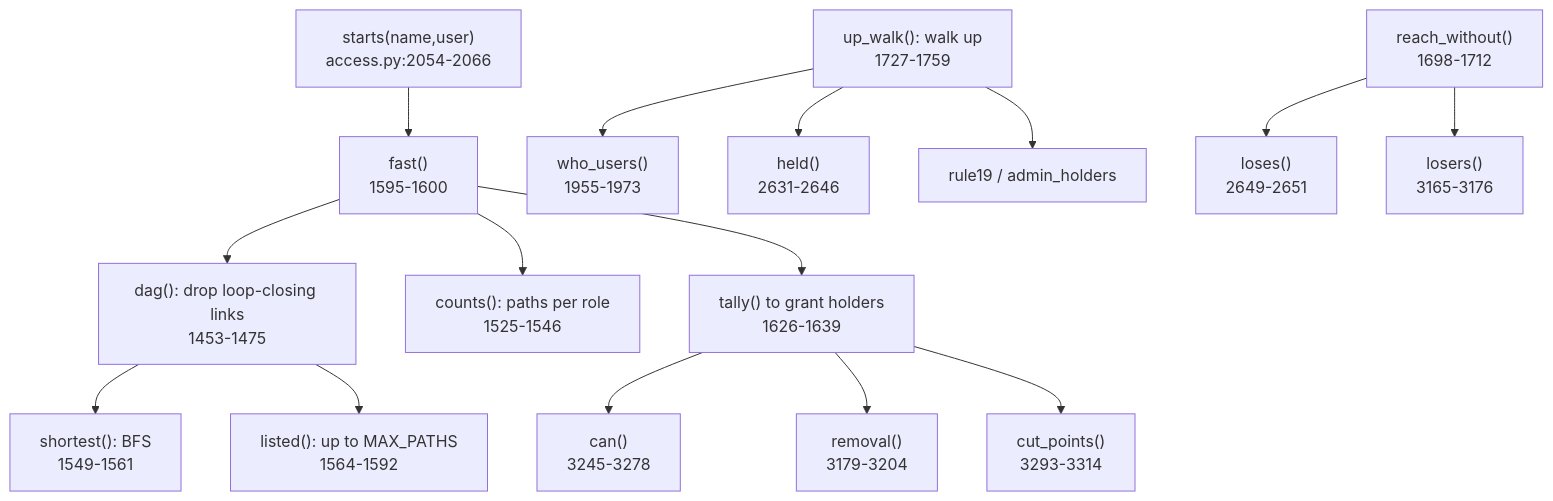
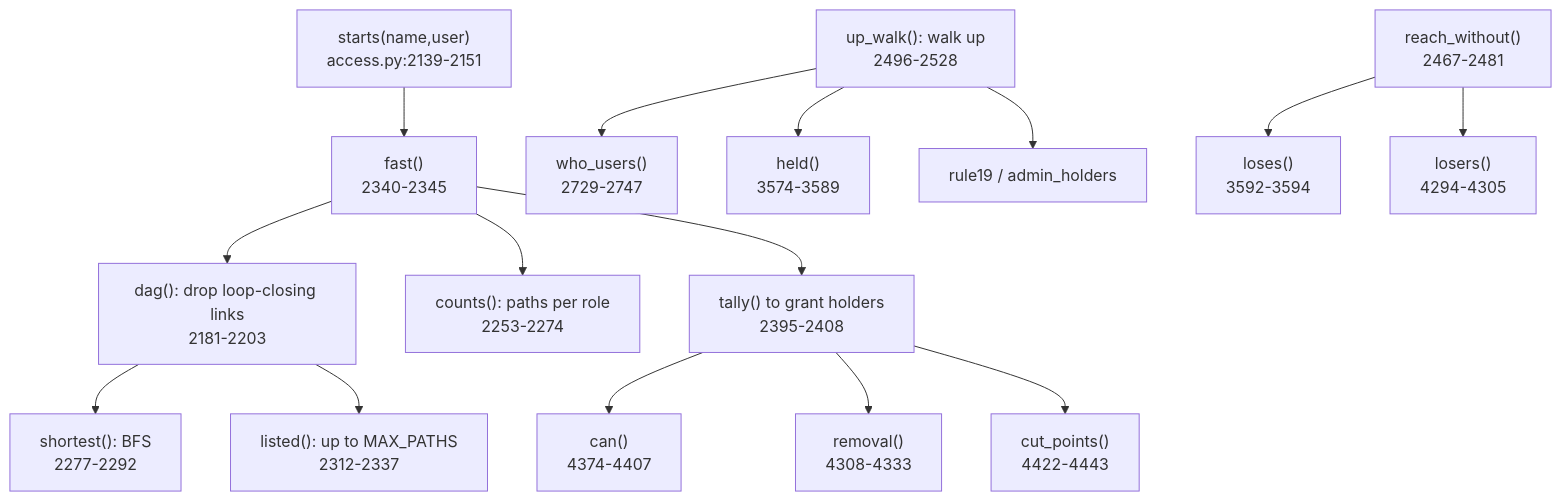
Before and after one commit to darshanmeel/snowflake-access-explorer: the diagram in snowflake-access-explorer-knowledge-graph/logic/walks.md, drawn with Mermaid. The commit also changed other lines of this file and 86 other files, not shown here.

First line of the commit message:
Knowledge graph up to a71221c: paged pages, lazy graph boxes, read order, What changed at refresh, load steps

````diff
--- a/snowflake-access-explorer-knowledge-graph/logic/walks.md
+++ b/snowflake-access-explorer-knowledge-graph/logic/walks.md
@@ -6,17 +6,17 @@
 ```mermaid
 flowchart TD
-  ST["starts(name,user)<br/>access.py:2054-2066"] --> FA["fast()<br/>1595-1600"]
-  FA --> DAG["dag(): drop loop-closing links<br/>1453-1475"]
-  FA --> CNT["counts(): paths per role<br/>1525-1546"]
-  DAG --> SH["shortest(): BFS<br/>1549-1561"]
-  DAG --> LI["listed(): up to MAX_PATHS<br/>1564-1592"]
-  FA --> TA["tally() to grant holders<br/>1626-1639"]
-  TA --> CAN["can()<br/>3245-3278"]
-  TA --> REM["removal()<br/>3179-3204"]
-  TA --> CUT["cut_points()<br/>3293-3314"]
-  UW["up_walk(): walk up<br/>1727-1759"] --> WU["who_users()<br/>1955-1973"]
-  UW --> HE["held()<br/>2631-2646"]
+  ST["starts(name,user)<br/>access.py:2139-2151"] --> FA["fast()<br/>2340-2345"]
+  FA --> DAG["dag(): drop loop-closing links<br/>2181-2203"]
+  FA --> CNT["counts(): paths per role<br/>2253-2274"]
+  DAG --> SH["shortest(): BFS<br/>2277-2292"]
+  DAG --> LI["listed(): up to MAX_PATHS<br/>2312-2337"]
+  FA --> TA["tally() to grant holders<br/>2395-2408"]
+  TA --> CAN["can()<br/>4374-4407"]
+  TA --> REM["removal()<br/>4308-4333"]
+  TA --> CUT["cut_points()<br/>4422-4443"]
+  UW["up_walk(): walk up<br/>2496-2528"] --> WU["who_users()<br/>2729-2747"]
+  UW --> HE["held()<br/>3574-3589"]
   UW --> R19["rule19 / admin_holders"]
-  RW["reach_without()<br/>1698-1712"] --> LO["loses()<br/>2649-2651"]
-  RW --> LS["losers()<br/>3165-3176"]
+  RW["reach_without()<br/>2467-2481"] --> LO["loses()<br/>3592-3594"]
+  RW --> LS["losers()<br/>4294-4305"]
 ```
````
